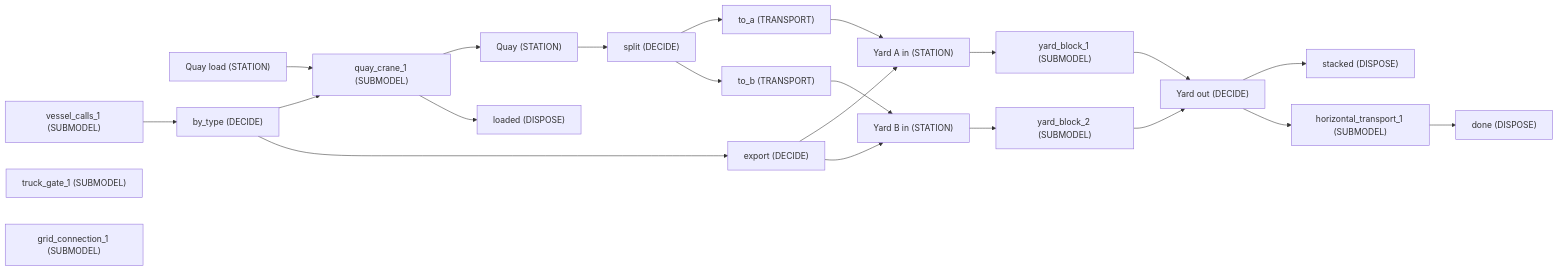
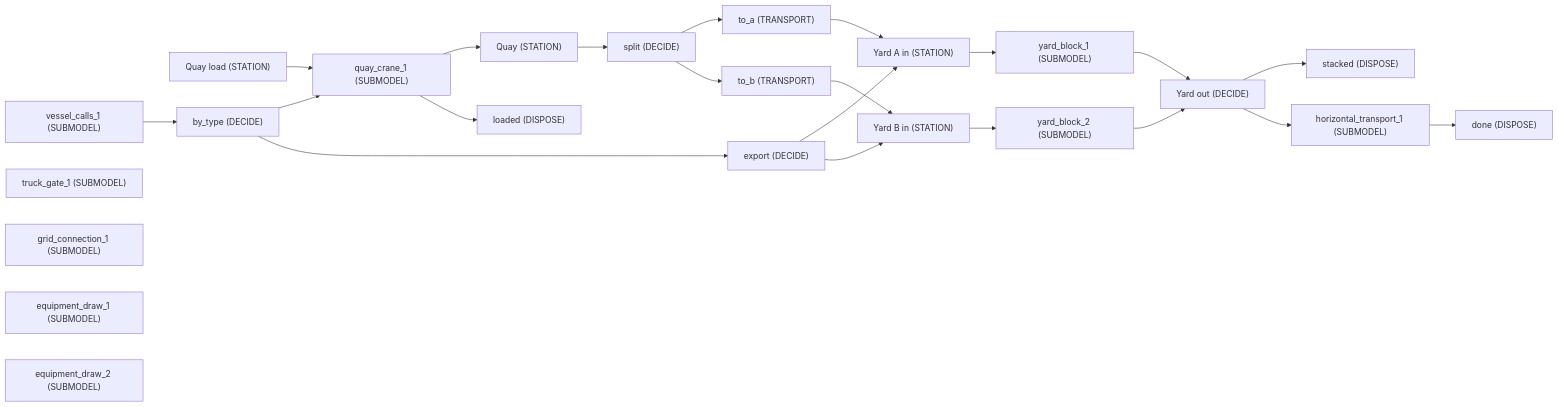
Before and after one commit to TheMattHub/naga: the first of 4 diagrams in docs/gallery/logistics.md, drawn with Mermaid. The commit also changed 117 other files, not shown here.

````diff
--- a/docs/gallery/logistics.md
+++ b/docs/gallery/logistics.md
@@ -37,43 +37,45 @@
 ```mermaid
 flowchart LR
     b0["vessel_calls_1 (SUBMODEL)"]
     b1["quay_crane_1 (SUBMODEL)"]
     b2["truck_gate_1 (SUBMODEL)"]
     b3["yard_block_1 (SUBMODEL)"]
     b4["yard_block_2 (SUBMODEL)"]
     b5["horizontal_transport_1 (SUBMODEL)"]
     b6["Quay (STATION)"]
     b7["Yard A in (STATION)"]
     b8["Yard B in (STATION)"]
     b9["Quay load (STATION)"]
     b10["to_a (TRANSPORT)"]
     b11["to_b (TRANSPORT)"]
     b12["split (DECIDE)"]
     b13["export (DECIDE)"]
     b14["by_type (DECIDE)"]
     b15["Yard out (DECIDE)"]
     b16["done (DISPOSE)"]
     b17["stacked (DISPOSE)"]
     b18["loaded (DISPOSE)"]
     b19["grid_connection_1 (SUBMODEL)"]
+    b20["equipment_draw_1 (SUBMODEL)"]
+    b21["equipment_draw_2 (SUBMODEL)"]
     b0 --> b14
     b14 --> b1
     b14 --> b13
     b13 --> b7
     b13 --> b8
     b1 --> b6
     b6 --> b12
     b12 --> b10
     b12 --> b11
     b10 --> b7
     b11 --> b8
     b7 --> b3
     b3 --> b15
     b8 --> b4
     b4 --> b15
     b15 --> b17
     b5 --> b16
     b15 --> b5
     b9 --> b1
     b1 --> b18
 ```
````
